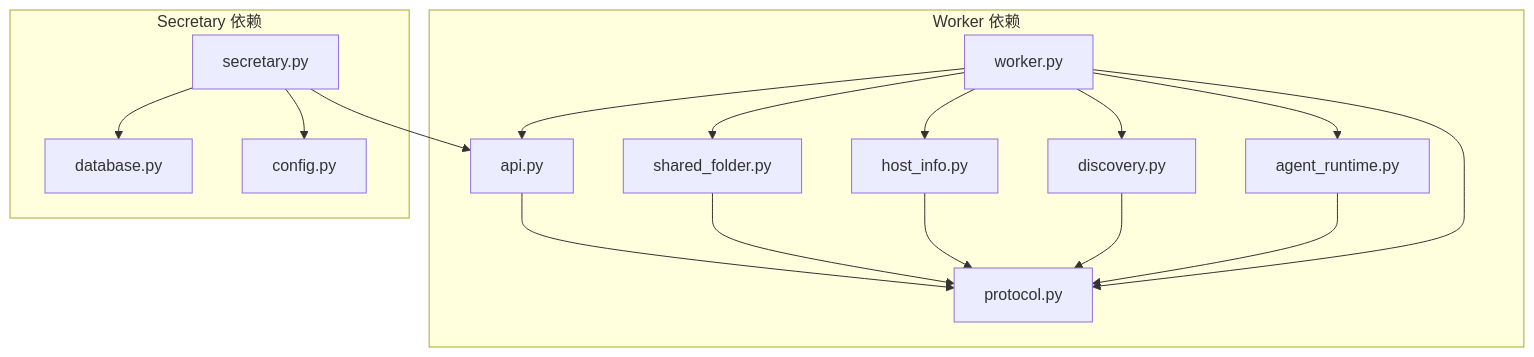
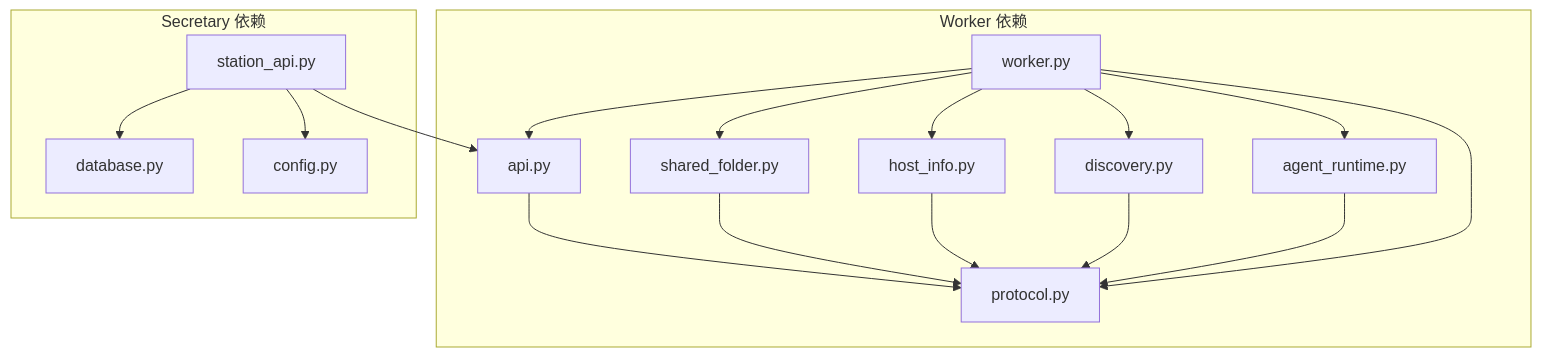
Before and after one commit to targalian/Personal-distributed-workstation: the fifth of 5 diagrams in .qoder/repowiki/zh/content/Web API 接口/Worker API 接口.md, drawn with Mermaid. The commit also changed other lines of this file and 63 other files, not shown here.

Commit message:
docs(station): 同步 repo wiki 至 station_controller/station_api 架构

````diff
--- a/.qoder/repowiki/zh/content/Web API 接口/Worker API 接口.md
+++ b/.qoder/repowiki/zh/content/Web API 接口/Worker API 接口.md
@@ -385,31 +385,31 @@
 ```mermaid
 graph TB
 subgraph "Worker 依赖"
 W1[worker.py]
 W2[api.py]
 W3[shared_folder.py]
 W4[host_info.py]
 W5[discovery.py]
 W6[agent_runtime.py]
 W7[protocol.py]
 end
 subgraph "Secretary 依赖"
-S1[secretary.py]
+S1[station_api.py]
 S2[database.py]
 S3[config.py]
 end
 W1 --> W2
 W1 --> W3
 W1 --> W4
 W1 --> W5
 W1 --> W6
 W1 --> W7
 S1 --> S2
 S1 --> S3
 S1 --> W2
 W2 --> W7
 W3 --> W7
 W4 --> W7
 W5 --> W7
 W6 --> W7
 ```
````
